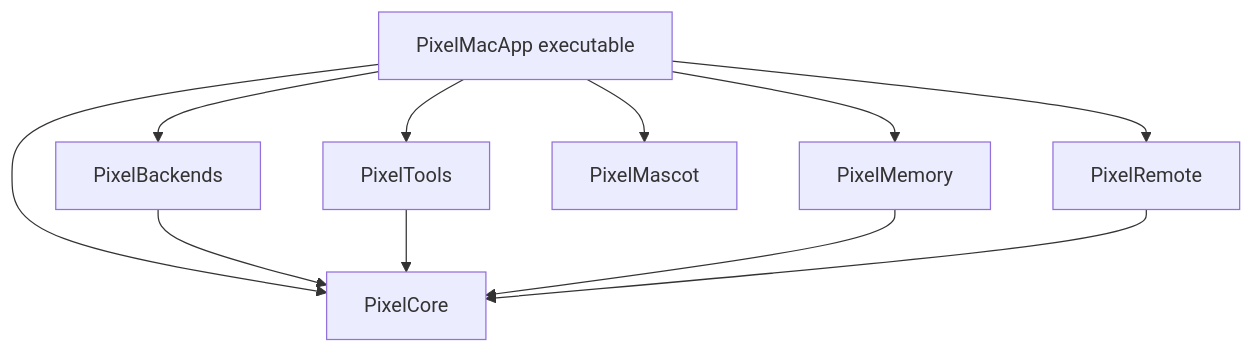
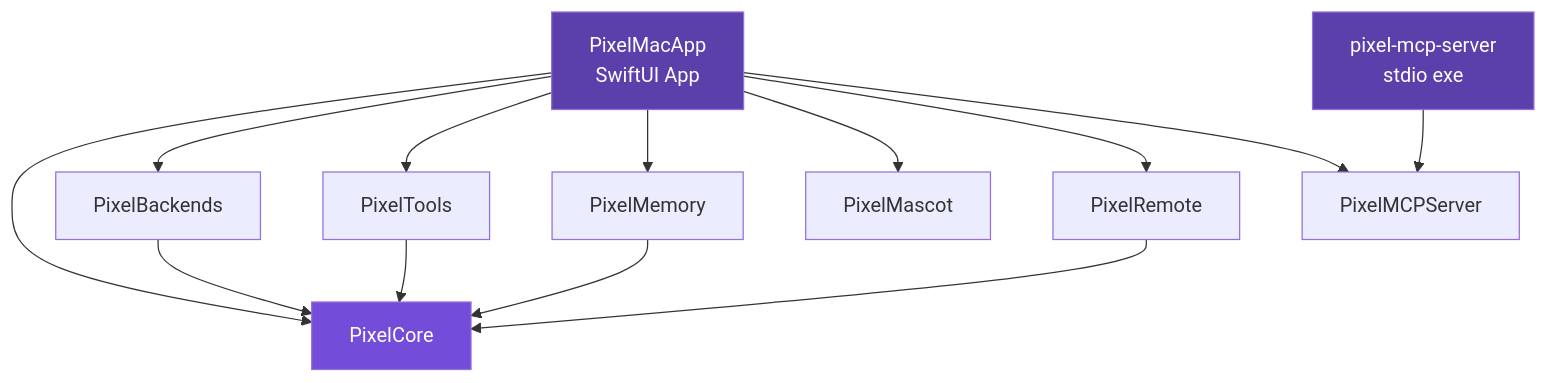
Before and after one commit to ErkutYavuzer/pixel-agent: the first of 5 diagrams in docs/architecture.md, drawn with Mermaid. The commit also changed other lines of this file and 2 other files, not shown here.

First line of the commit message:
docs: konsolidasyon — README + architecture.md v0.2.4 ile senkron

````diff
--- a/docs/architecture.md
+++ b/docs/architecture.md
@@ -5,21 +7,29 @@
 ```mermaid
 graph TD
-    App[PixelMacApp executable]
+    App[PixelMacApp<br/>SwiftUI App]
+    MCP[pixel-mcp-server<br/>stdio exe]
     Core[PixelCore]
     Backends[PixelBackends]
     Tools[PixelTools]
     Memory[PixelMemory]
     Mascot[PixelMascot]
     Remote[PixelRemote]
+    MCPLib[PixelMCPServer]
 
     App --> Core
     App --> Backends
     App --> Tools
     App --> Memory
     App --> Mascot
     App --> Remote
+    App --> MCPLib
+    MCP --> MCPLib
     Backends --> Core
     Tools --> Core
     Memory --> Core
     Remote --> Core
+
+    style App fill:#5b3fab,color:#fff
+    style MCP fill:#5b3fab,color:#fff
+    style Core fill:#734cd9,color:#fff
 ```
````
